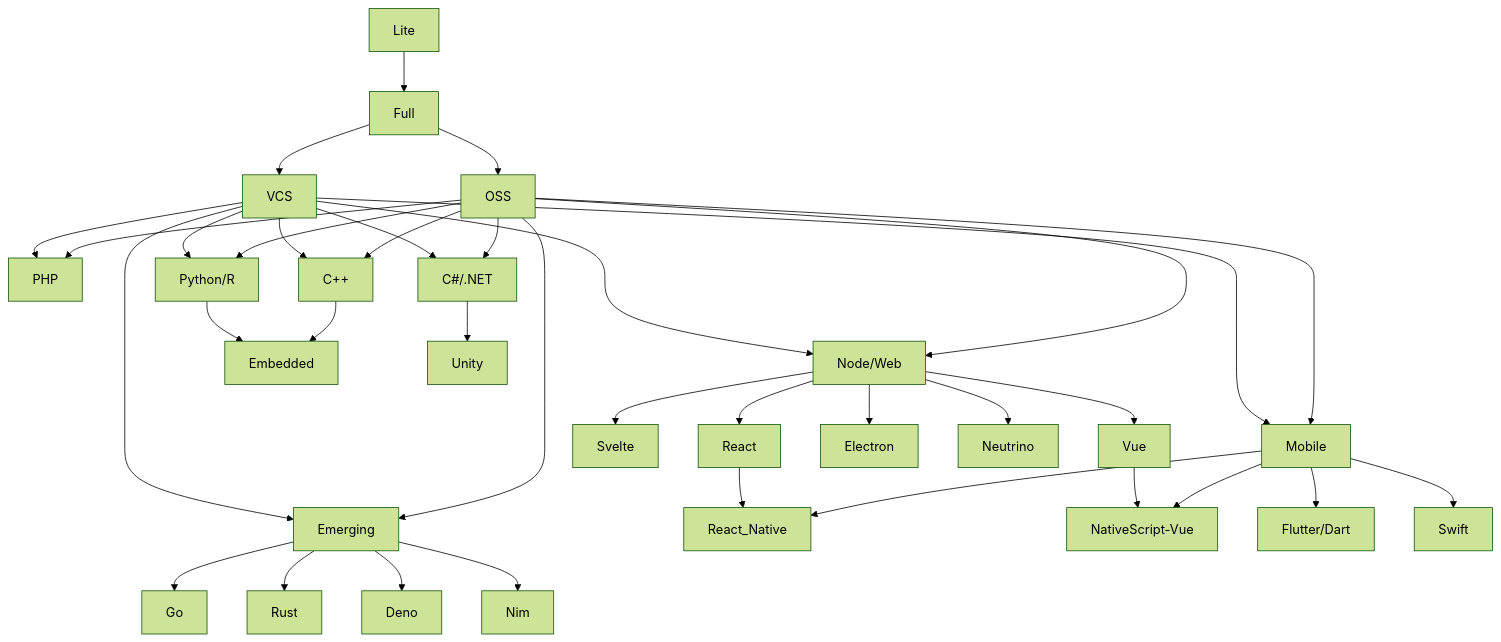
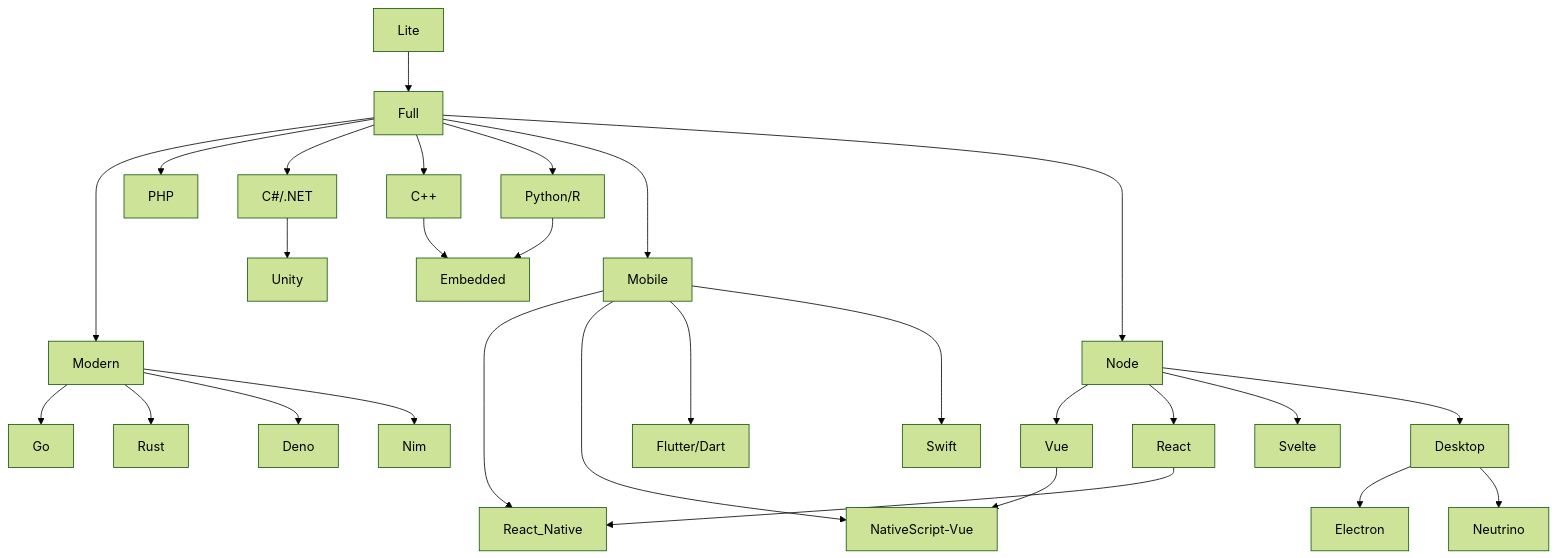
Before and after one commit to BinaryBen/dotfiles: the diagram in config/editor/README.md, drawn with Mermaid (forest theme). The commit also changed other lines of this file, not shown here.

Commit message:
📝 Update WIP docs

````diff
--- a/config/editor/README.md
+++ b/config/editor/README.md
@@ -31,38 +40,30 @@
 ```mermaid
 graph TD
   Lite-->Full
-  Full-->OSS
-  Full-->VCS
-  OSS-->Emerging
-  OSS-->Mobile
-  OSS-->PHP
-  OSS-->C#/.NET
-  OSS-->C++
-  OSS-->Python/R
-  OSS-->Node/Web
-  VCS----->Emerging
-  VCS-->Mobile
-  VCS-->PHP
-  VCS-->C#/.NET
-  VCS-->C++
-  VCS-->Python/R
-  VCS--->Node/Web
+  Full---->Modern
+  Full-->PHP
+  Full-->C#/.NET
+  Full-->C++
+  Full-->Python/R
+  Full--->Mobile
+  Full---->Node
   C++-->Embedded
   Python/R-->Embedded
   C#/.NET-->Unity
-  Emerging-->Go
-  Emerging-->Rust
-  Emerging-->Deno
-  Emerging-->Nim
-  Node/Web-->React
-  Node/Web-->Svelte
-  Node/Web-->Vue
-  Node/Web-->Electron
-  Node/Web-->Neutrino
-  Mobile-->React_Native
-  Mobile-->NativeScript-Vue
-  Mobile-->Flutter/Dart
-  Mobile-->Swift
+  Modern-->Go
+  Modern-->Rust
+  Modern-->Deno
+  Modern-->Nim
+  Node-->Vue
+  Node-->React
+  Node-->Svelte
+  Node-->Desktop
+  Desktop-->Electron
+  Desktop-->Neutrino
+  Mobile--->React_Native
+  Mobile---->NativeScript-Vue
+  Mobile--->Flutter/Dart
+  Mobile--->Swift
   React-->React_Native
   Vue-->NativeScript-Vue
 ```
````
